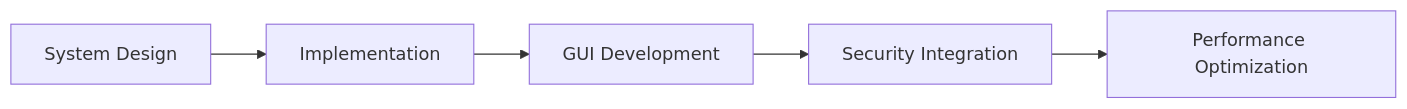
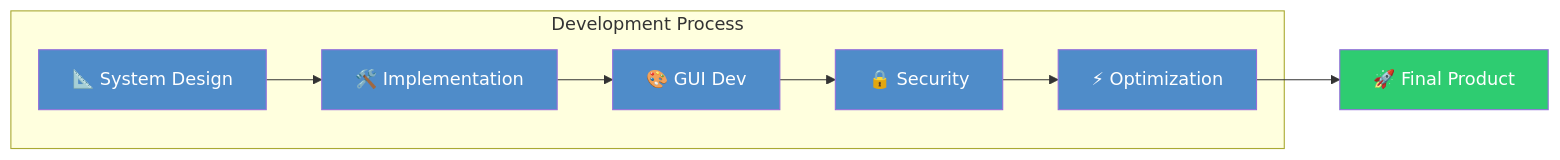
One commit to Zreechxnn/Zreechxnn changed the diagram in README.md. Above: the diagram before and after it, drawn with Mermaid.

````diff
--- a/README.md
+++ b/README.md
@@ -57,7 +57,17 @@
 ```mermaid
 graph LR
-  A[System Design] --> B[Implementation]
-  B --> C[GUI Development]
-  C --> D[Security Integration]
-  D --> E[Performance Optimization]
+  subgraph Development Process
+    A[📐 System Design] --> B[🛠️ Implementation]
+    B --> C[🎨 GUI Dev]
+    C --> D[🔒 Security]
+    D --> E[⚡ Optimization]
+  end
+  E --> F[🚀 Final Product]
+  
+  style A fill:#4F8CC9,color:white
+  style B fill:#4F8CC9,color:white
+  style C fill:#4F8CC9,color:white
+  style D fill:#4F8CC9,color:white
+  style E fill:#4F8CC9,color:white
+  style F fill:#2ecc71,color:white
 ```
````
